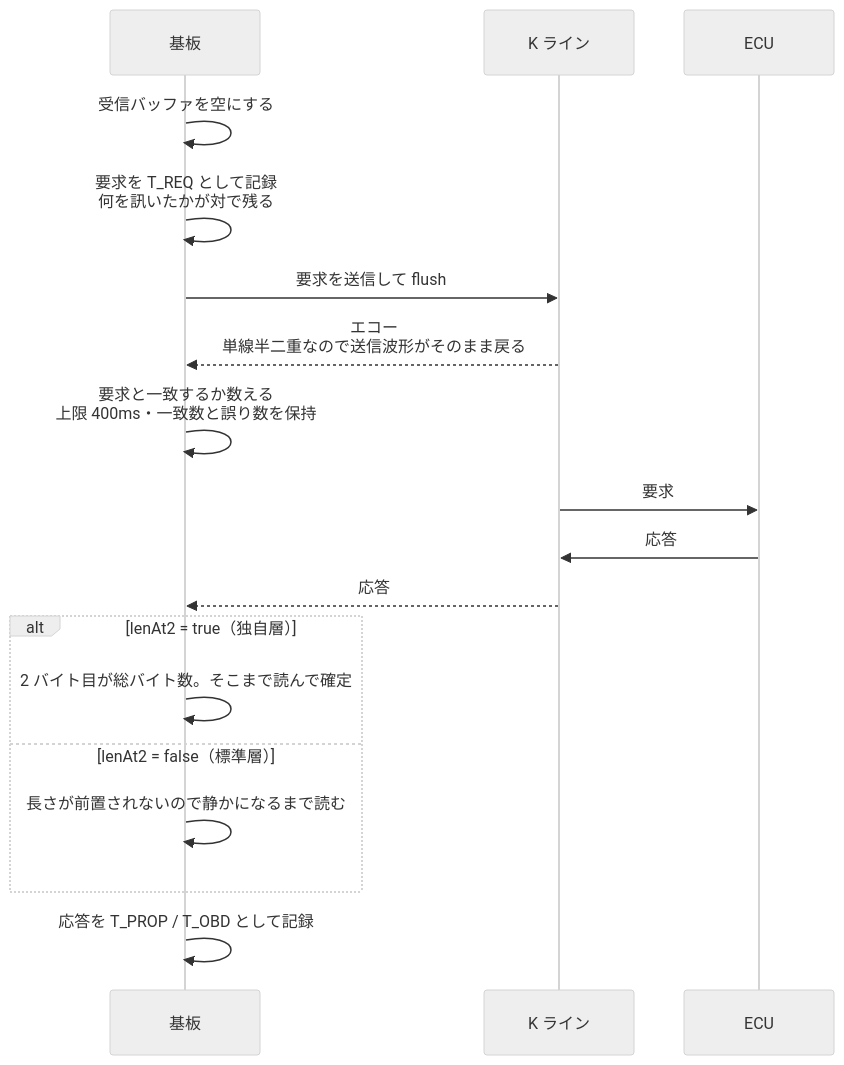
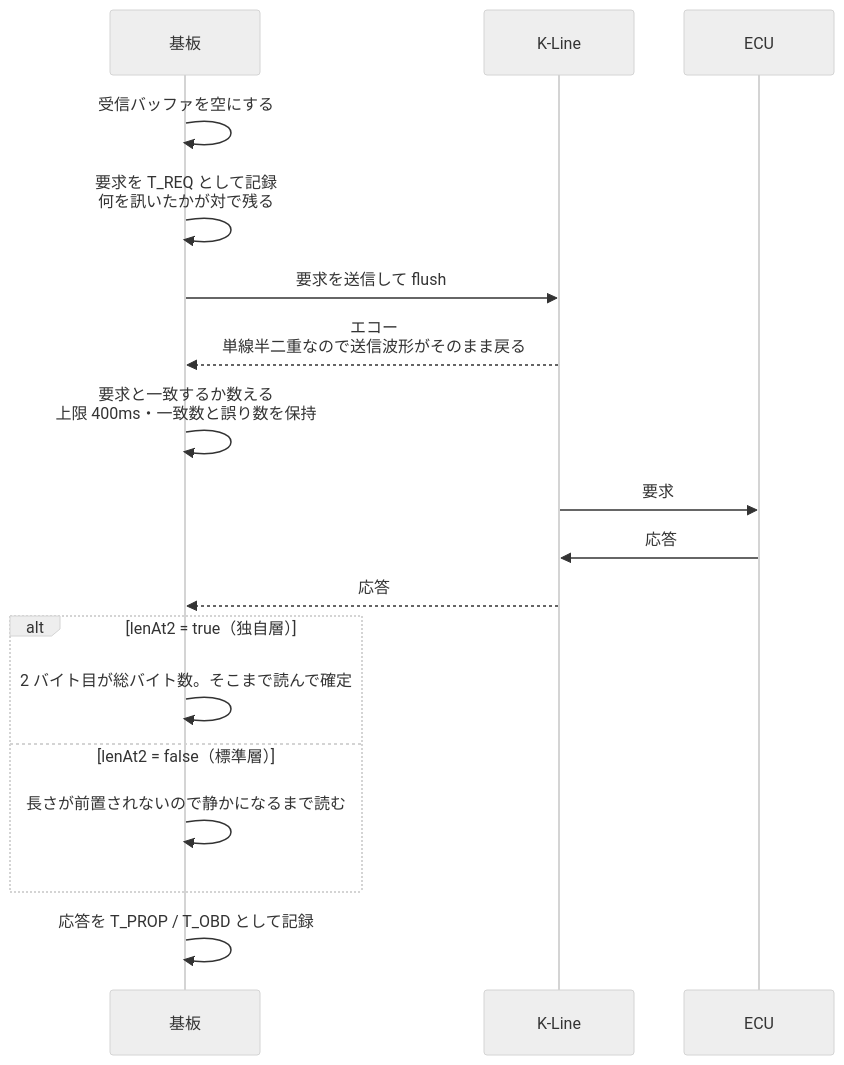
The second of 6 diagrams in firmware/SPEC.md (k4n4ch/mc52obd), drawn with Mermaid (neutral theme) before and after one commit. The commit also changed other lines of this file and 8 other files, not shown here.

````diff
--- a/firmware/SPEC.md
+++ b/firmware/SPEC.md
@@ -104,20 +104,20 @@
 ```mermaid
 sequenceDiagram
   participant B as 基板
-  participant K as K ライン
+  participant K as K-Line
   participant E as ECU
   B->>B: 受信バッファを空にする
   B->>B: 要求を T_REQ として記録<br/>何を訊いたかが対で残る
   B->>K: 要求を送信して flush
   K-->>B: エコー<br/>単線半二重なので送信波形がそのまま戻る
   B->>B: 要求と一致するか数える<br/>上限 400ms・一致数と誤り数を保持
   K->>E: 要求
   E->>K: 応答
   K-->>B: 応答
   alt lenAt2 = true（独自層）
     B->>B: 2 バイト目が総バイト数。そこまで読んで確定
   else lenAt2 = false（標準層）
     B->>B: 長さが前置されないので静かになるまで読む
   end
   B->>B: 応答を T_PROP / T_OBD として記録
 ```
````
